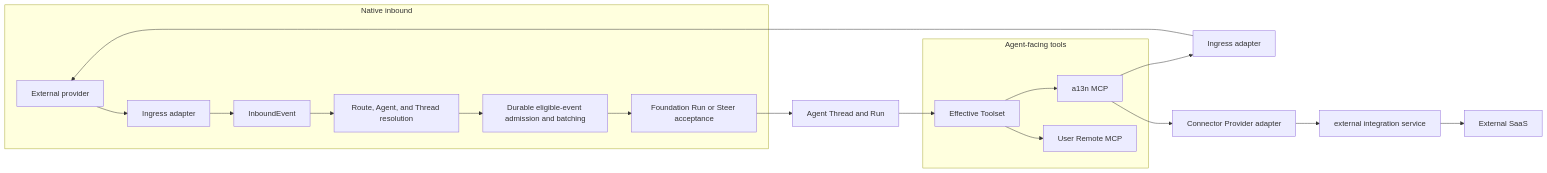
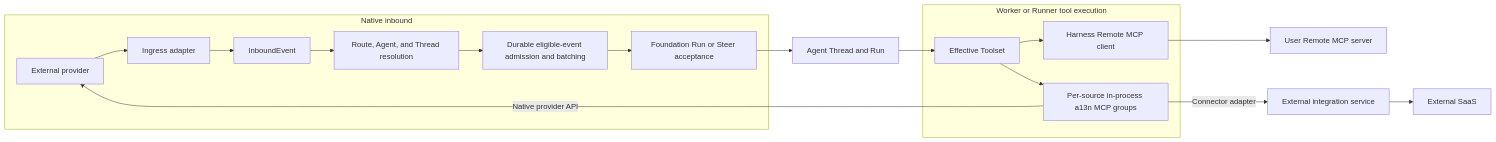
The diagram in spec/foundation-service/40-connectivity/00-overview.md (LTThreeComma/agent-foundation), drawn with Mermaid before and after one commit. The commit also changed other lines of this file and 125 other files, not shown here.

First line of the commit message:
feat(connectivity): compose external tools in process (#167)

````diff
--- a/spec/foundation-service/40-connectivity/00-overview.md
+++ b/spec/foundation-service/40-connectivity/00-overview.md
@@ -69,24 +68,25 @@
 ```mermaid
 flowchart LR
     subgraph Inbound[Native inbound]
         Provider[External provider] --> IngressAdapter[Ingress adapter]
         IngressAdapter --> Event[InboundEvent]
         Event --> Route[Route, Agent, and Thread resolution]
         Route --> Admission[Durable eligible-event admission and batching]
         Admission --> Input[Foundation Run or Steer acceptance]
     end
 
     Input --> Run[Agent Thread and Run]
 
-    subgraph AgentTools[Agent-facing tools]
+    subgraph AgentTools[Worker or Runner tool execution]
         Toolset[Effective Toolset]
-        A13nMCP[a13n MCP]
-        RemoteMCP[User Remote MCP]
+        A13nMCP[Per-source in-process a13n MCP groups]
+        RemoteClient[Harness Remote MCP client]
         Toolset --> A13nMCP
-        Toolset --> RemoteMCP
+        Toolset --> RemoteClient
     end
 
     Run --> Toolset
-    A13nMCP --> NativeAdapter[Ingress adapter] --> Provider
-    A13nMCP --> ConnectorAdapter[Connector Provider adapter] --> ConnectorService[external integration service] --> SaaS[External SaaS]
+    RemoteClient --> RemoteMCP[User Remote MCP server]
+    A13nMCP -->|Native provider API| Provider
+    A13nMCP -->|Connector adapter| ConnectorService[External integration service] --> SaaS[External SaaS]
 ```
````
